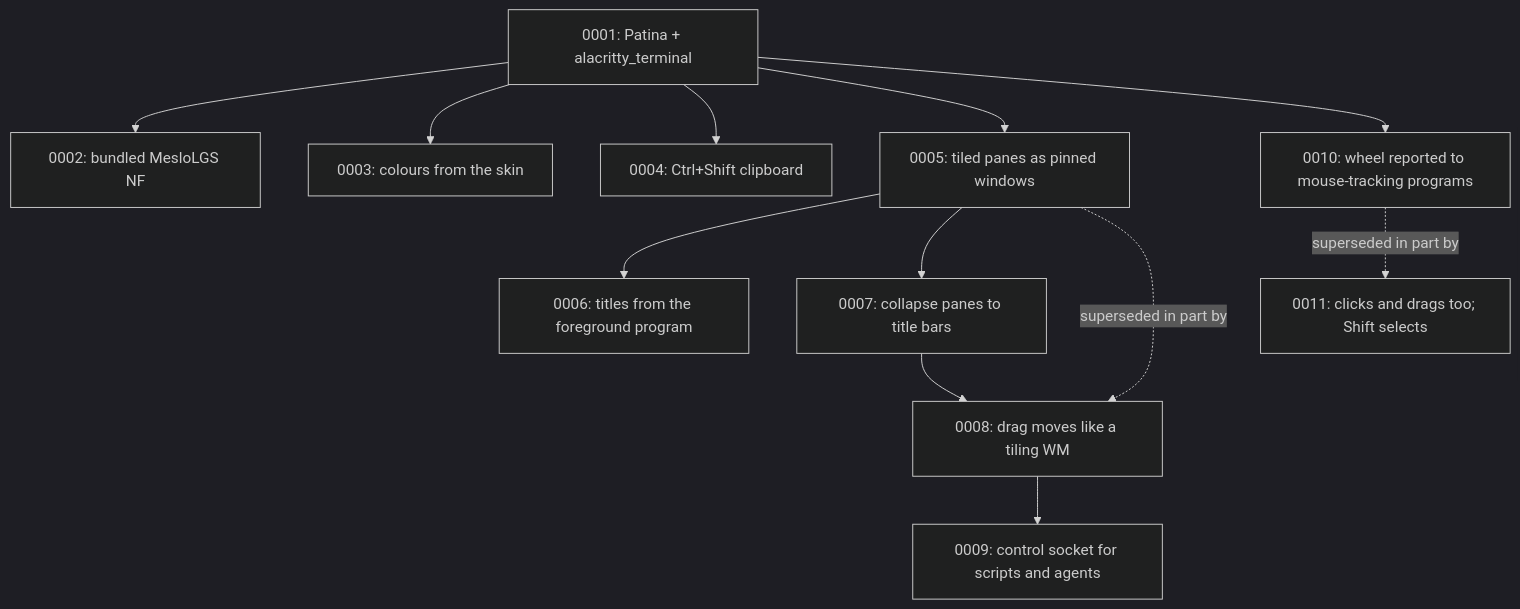
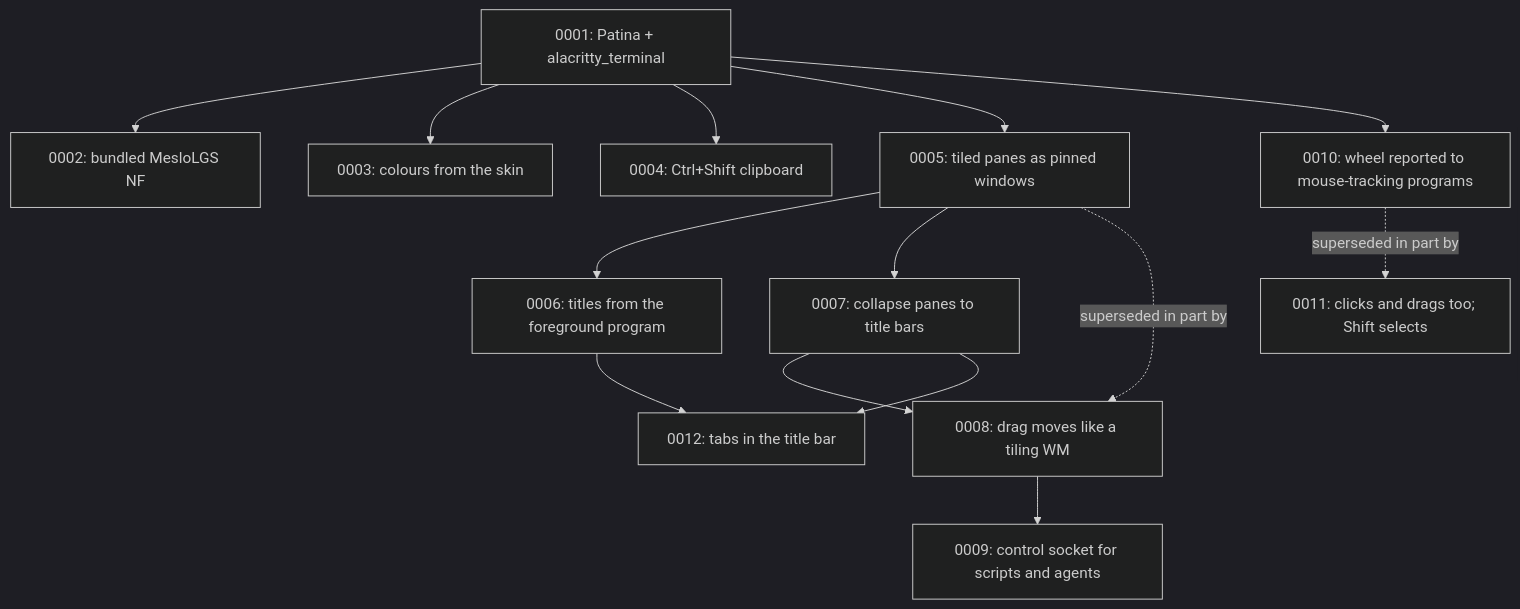
One commit to Sector-F-Labs/teleprinter changed the diagram in docs/adr/README.md. Above: the diagram before and after it, drawn with Mermaid (dark theme). The commit also changed other lines of this file and 4 other files, not shown here.

First line of the commit message:
Tabs in the title bar, in place of the window title

````diff
--- a/docs/adr/README.md
+++ b/docs/adr/README.md
@@ -59,14 +60,16 @@
 ```mermaid
 flowchart TD
     A[0001: Patina + alacritty_terminal] --> B[0002: bundled MesloLGS NF]
     A --> C[0003: colours from the skin]
     A --> D[0004: Ctrl+Shift clipboard]
     A --> E[0005: tiled panes as pinned windows]
     E --> F[0006: titles from the foreground program]
     E --> G[0007: collapse panes to title bars]
     E -.superseded in part by.-> H[0008: drag moves like a tiling WM]
     G --> H
     H --> I[0009: control socket for scripts and agents]
     A --> J[0010: wheel reported to mouse-tracking programs]
     J -.superseded in part by.-> K[0011: clicks and drags too; Shift selects]
+    F --> L[0012: tabs in the title bar]
+    G --> L
 ```
````
